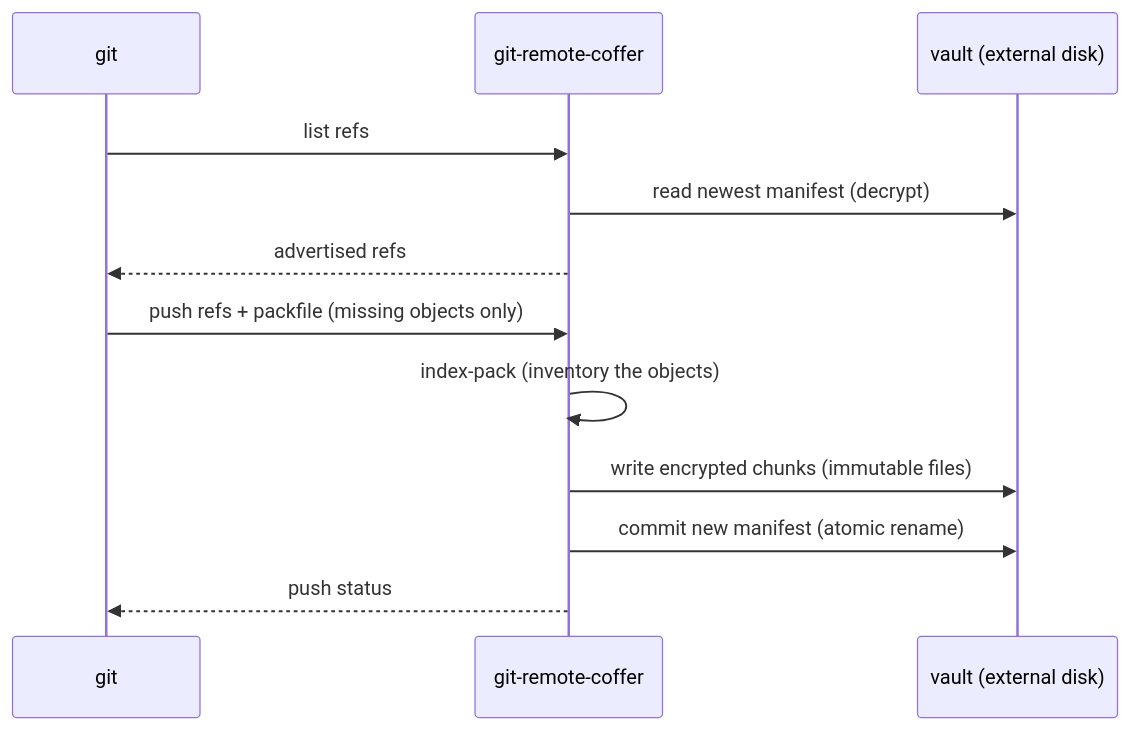
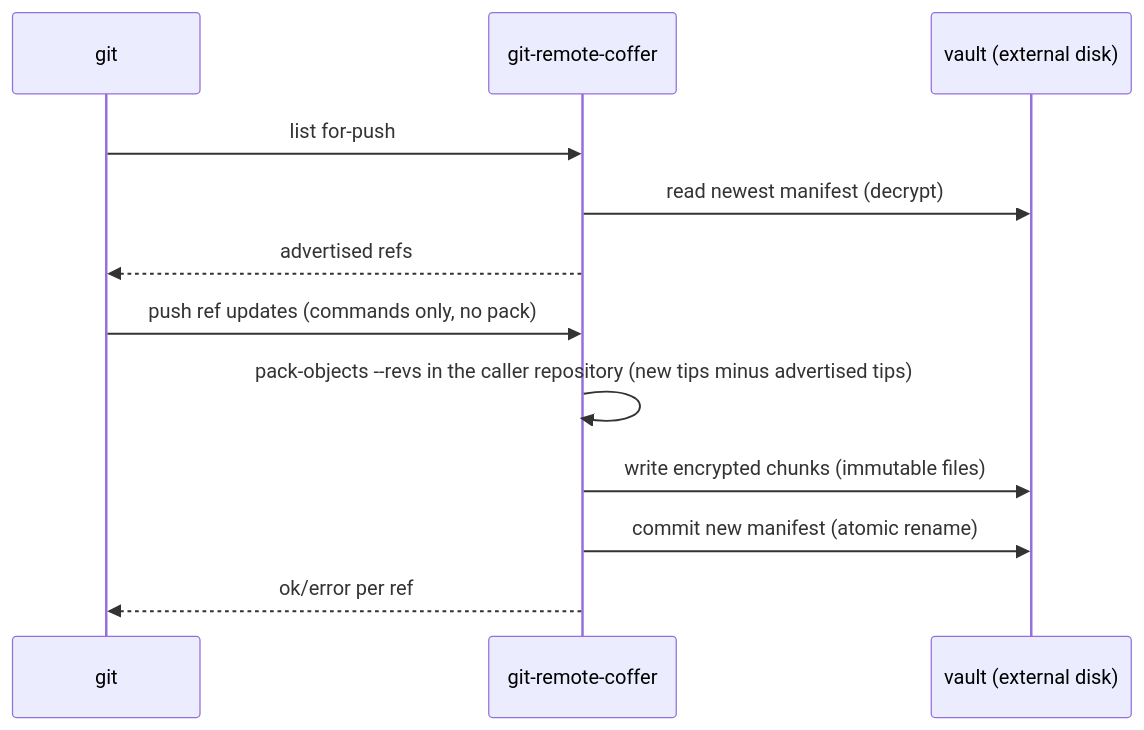
Before and after one commit to Ziqing7226/Coffer: the diagram in docs/architecture.md, drawn with Mermaid. The commit also changed other lines of this file and 2 other files, not shown here.

First line of the commit message:
docs: correct push/fetch object flow per Phase 0 spike findings

````diff
--- a/docs/architecture.md
+++ b/docs/architecture.md
@@ -97,14 +102,14 @@
 ```mermaid
 sequenceDiagram
     participant G as git
     participant H as git-remote-coffer
     participant V as vault (external disk)
-    G->>H: list refs
+    G->>H: list for-push
     H->>V: read newest manifest (decrypt)
     H-->>G: advertised refs
-    G->>H: push refs + packfile (missing objects only)
-    H->>H: index-pack (inventory the objects)
+    G->>H: push ref updates (commands only, no pack)
+    H->>H: pack-objects --revs in the caller repository (new tips minus advertised tips)
     H->>V: write encrypted chunks (immutable files)
     H->>V: commit new manifest (atomic rename)
-    H-->>G: push status
+    H-->>G: ok/error per ref
 ```
````
